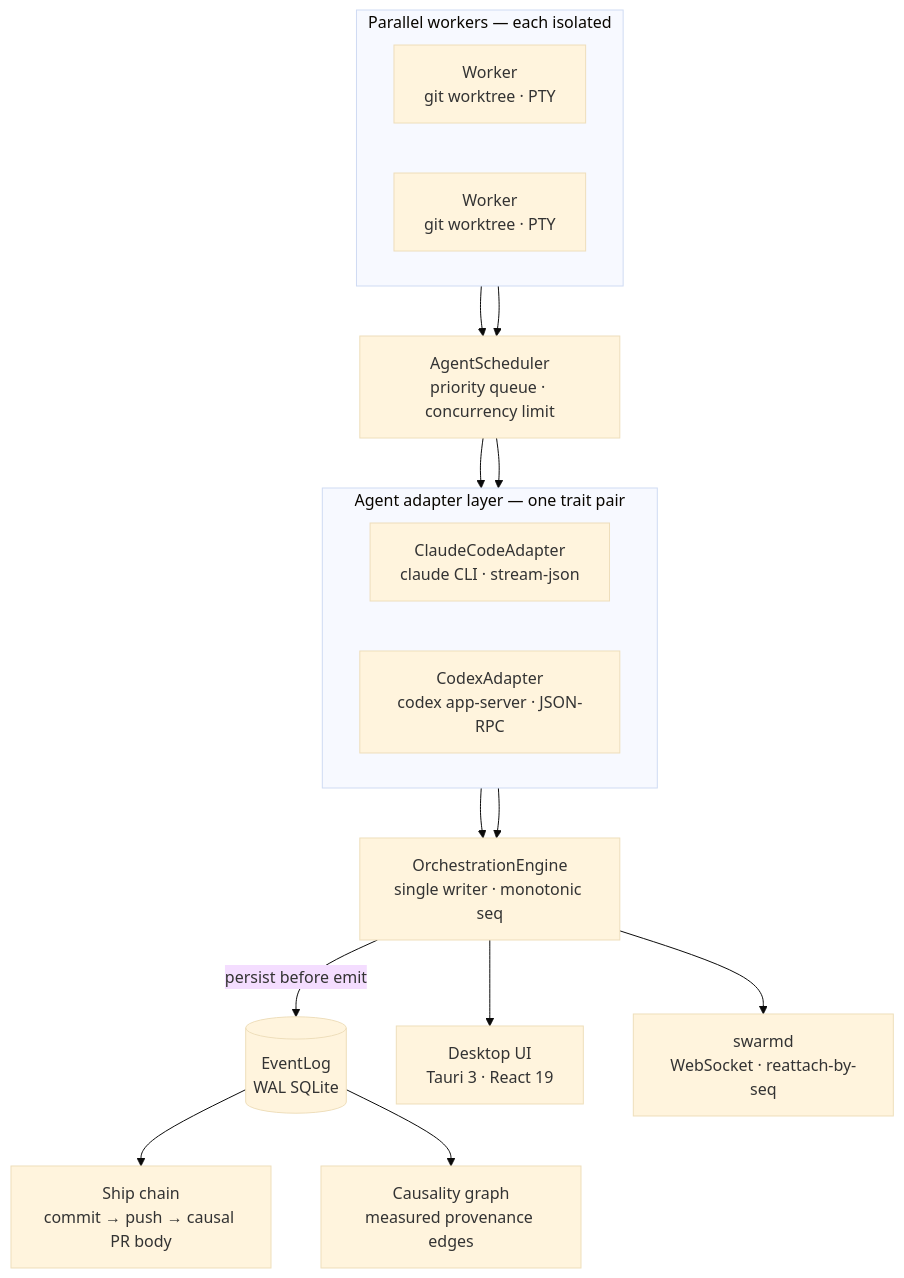
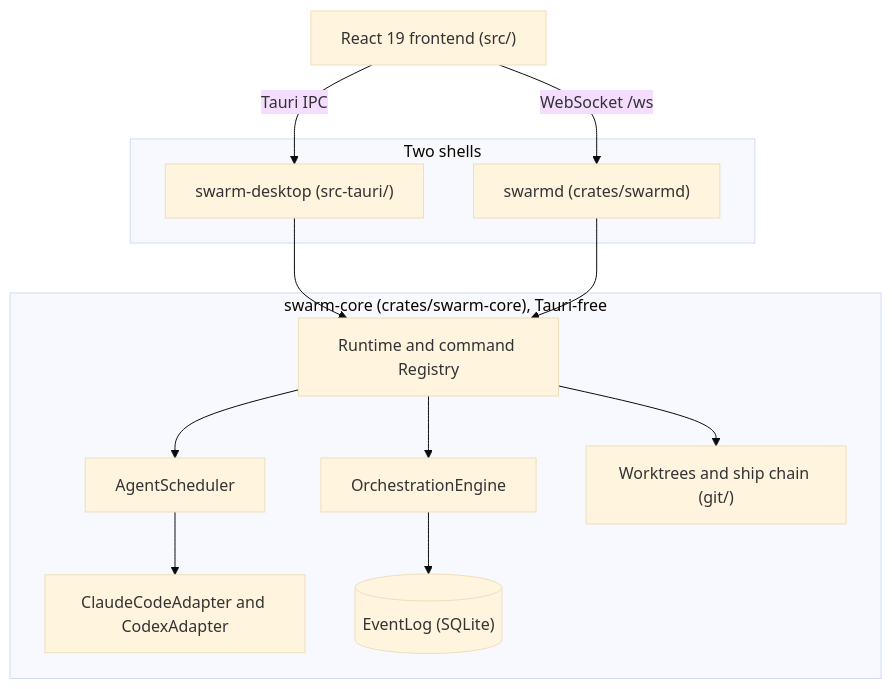
Before and after one commit to ABCrimson/Swarm: the diagram in README.md, drawn with Mermaid (base theme). The commit also changed other lines of this file, not shown here.

````diff
--- a/README.md
+++ b/README.md
@@ -78,26 +41,25 @@
 ```mermaid
 flowchart TB
-    subgraph Workers["Parallel workers — each isolated"]
-      direction LR
-      W1["Worker<br/>git worktree · PTY"]
-      W2["Worker<br/>git worktree · PTY"]
+    FE["React 19 frontend (src/)"]
+    subgraph shells["Two shells"]
+        DESK["swarm-desktop (src-tauri/)"]
+        DAEMON["swarmd (crates/swarmd)"]
     end
-
-    W1 & W2 --> SCHED["AgentScheduler<br/>priority queue · concurrency limit"]
-
-    subgraph Adapters["Agent adapter layer — one trait pair"]
-      direction LR
-      CC["ClaudeCodeAdapter<br/>claude CLI · stream-json"]
-      CX["CodexAdapter<br/>codex app-server · JSON-RPC"]
+    subgraph core["swarm-core (crates/swarm-core), Tauri-free"]
+        RT["Runtime and command Registry"]
+        SCHED["AgentScheduler"]
+        PROV["ClaudeCodeAdapter and CodexAdapter"]
+        ENG["OrchestrationEngine"]
+        LOG[("EventLog (SQLite)")]
+        GIT["Worktrees and ship chain (git/)"]
     end
-    SCHED --> CC & CX
-
-    CC & CX --> ENG["OrchestrationEngine<br/>single writer · monotonic seq"]
-    ENG -->|persist before emit| LOG[("EventLog<br/>WAL SQLite")]
-
-    ENG --> DESK["Desktop UI<br/>Tauri 3 · React 19"]
-    ENG --> WS["swarmd<br/>WebSocket · reattach-by-seq"]
-
-    LOG --> SHIP["Ship chain<br/>commit → push → causal PR body"]
-    LOG --> CAUSE["Causality graph<br/>measured provenance edges"]
+    FE -->|"Tauri IPC"| DESK
+    FE -->|"WebSocket /ws"| DAEMON
+    DESK --> RT
+    DAEMON --> RT
+    RT --> SCHED
+    SCHED --> PROV
+    RT --> ENG
+    ENG --> LOG
+    RT --> GIT
 ```
````
